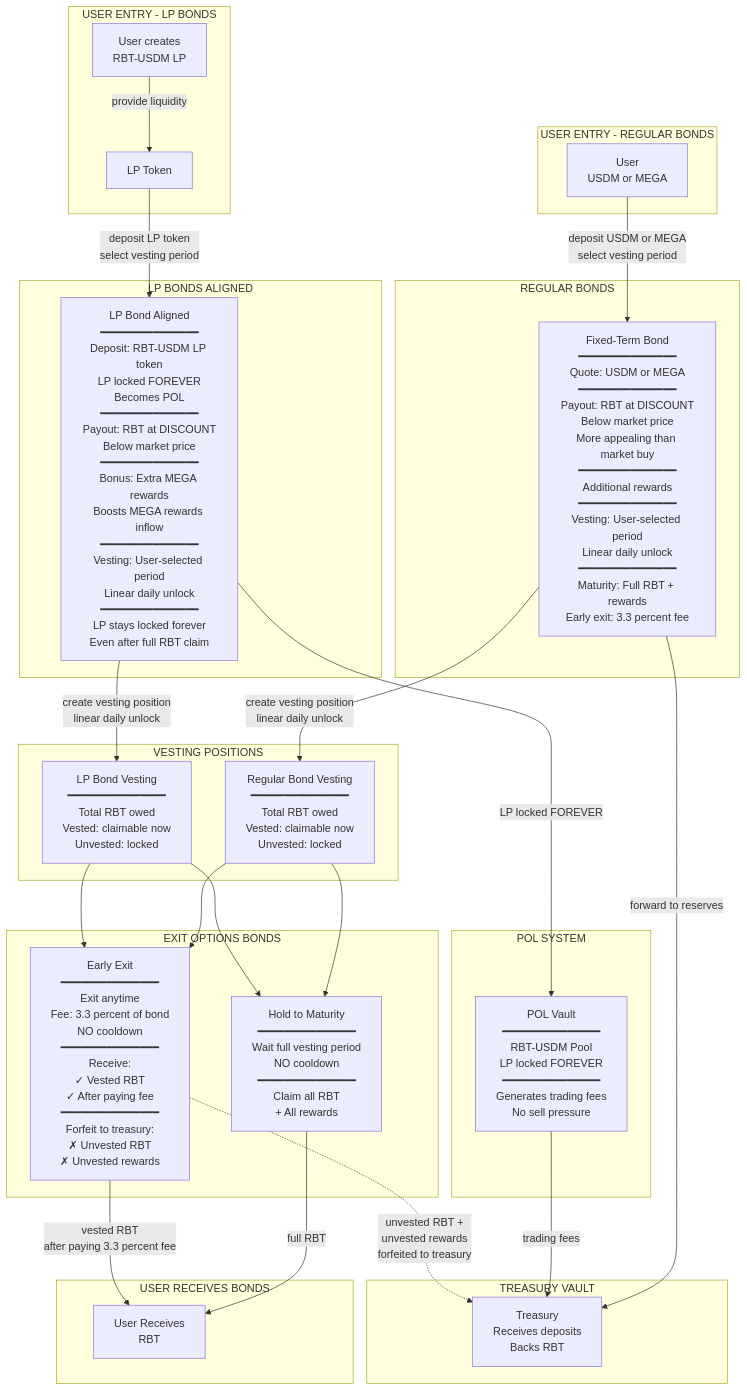
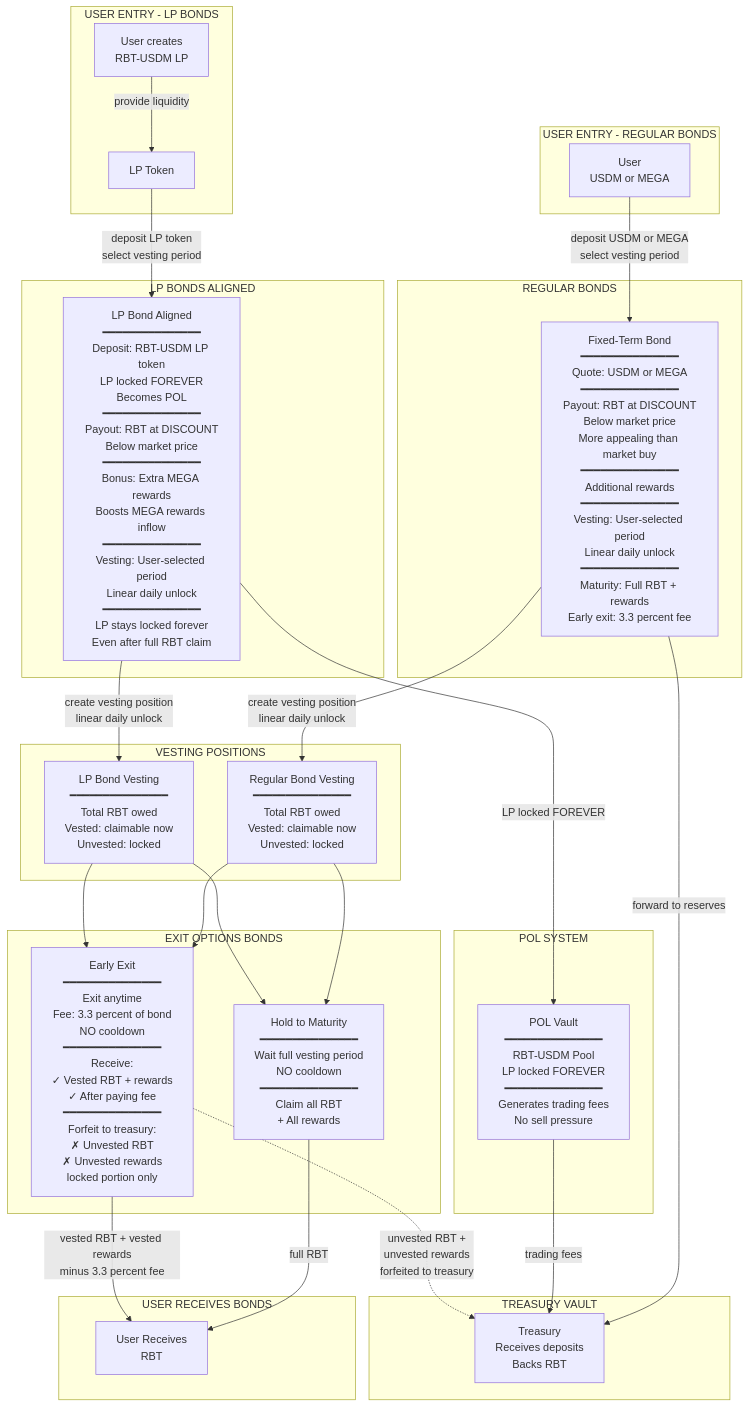
The third of 3 diagrams in blackhaven-complete-system.md (0xJaehaerys/ohmega), drawn with Mermaid before and after one commit.

Commit message:
Clarify early exit: receive vested RBT plus vested rewards, minus 3.3 percent fee

````diff
--- a/blackhaven-complete-system.md
+++ b/blackhaven-complete-system.md
@@ -145,63 +145,63 @@
 ```mermaid
 graph TB
     subgraph "USER ENTRY - REGULAR BONDS"
         USER_REG[User<br/>USDM or MEGA]
     end
     
     subgraph "REGULAR BONDS"
         BOND[Fixed-Term Bond<br/>━━━━━━━━━━━━━━━<br/>Quote: USDM or MEGA<br/>━━━━━━━━━━━━━━━<br/>Payout: RBT at DISCOUNT<br/>Below market price<br/>More appealing than market buy<br/>━━━━━━━━━━━━━━━<br/>Additional rewards<br/>━━━━━━━━━━━━━━━<br/>Vesting: User-selected period<br/>Linear daily unlock<br/>━━━━━━━━━━━━━━━<br/>Maturity: Full RBT + rewards<br/>Early exit: 3.3 percent fee]
     end
     
     subgraph "USER ENTRY - LP BONDS"
         USER_LP_START[User creates<br/>RBT-USDM LP]
         LP_TOKEN[LP Token]
     end
     
     subgraph "LP BONDS ALIGNED"
         LP_BOND[LP Bond Aligned<br/>━━━━━━━━━━━━━━━<br/>Deposit: RBT-USDM LP token<br/>LP locked FOREVER<br/>Becomes POL<br/>━━━━━━━━━━━━━━━<br/>Payout: RBT at DISCOUNT<br/>Below market price<br/>━━━━━━━━━━━━━━━<br/>Bonus: Extra MEGA rewards<br/>Boosts MEGA rewards inflow<br/>━━━━━━━━━━━━━━━<br/>Vesting: User-selected period<br/>Linear daily unlock<br/>━━━━━━━━━━━━━━━<br/>LP stays locked forever<br/>Even after full RBT claim]
     end
     
     subgraph "TREASURY VAULT"
         TREASURY_BONDS[Treasury<br/>Receives deposits<br/>Backs RBT]
     end
     
     subgraph "POL SYSTEM"
         POL[POL Vault<br/>━━━━━━━━━━━━━━━<br/>RBT-USDM Pool<br/>LP locked FOREVER<br/>━━━━━━━━━━━━━━━<br/>Generates trading fees<br/>No sell pressure]
     end
     
     subgraph "VESTING POSITIONS"
         VESTING_REG[Regular Bond Vesting<br/>━━━━━━━━━━━━━━━<br/>Total RBT owed<br/>Vested: claimable now<br/>Unvested: locked]
         
         VESTING_LP[LP Bond Vesting<br/>━━━━━━━━━━━━━━━<br/>Total RBT owed<br/>Vested: claimable now<br/>Unvested: locked]
     end
     
     subgraph "EXIT OPTIONS BONDS"
         MAT_BOND[Hold to Maturity<br/>━━━━━━━━━━━━━━━<br/>Wait full vesting period<br/>NO cooldown<br/>━━━━━━━━━━━━━━━<br/>Claim all RBT<br/>+ All rewards]
         
-        EARLY_BOND[Early Exit<br/>━━━━━━━━━━━━━━━<br/>Exit anytime<br/>Fee: 3.3 percent of bond<br/>NO cooldown<br/>━━━━━━━━━━━━━━━<br/>Receive:<br/>✓ Vested RBT<br/>✓ After paying fee<br/>━━━━━━━━━━━━━━━<br/>Forfeit to treasury:<br/>✗ Unvested RBT<br/>✗ Unvested rewards]
+        EARLY_BOND[Early Exit<br/>━━━━━━━━━━━━━━━<br/>Exit anytime<br/>Fee: 3.3 percent of bond<br/>NO cooldown<br/>━━━━━━━━━━━━━━━<br/>Receive:<br/>✓ Vested RBT + rewards<br/>✓ After paying fee<br/>━━━━━━━━━━━━━━━<br/>Forfeit to treasury:<br/>✗ Unvested RBT<br/>✗ Unvested rewards<br/>locked portion only]
     end
     
     subgraph "USER RECEIVES BONDS"
         USER_OUT_BOND[User Receives<br/>RBT]
     end
     
     USER_REG -->|deposit USDM or MEGA<br/>select vesting period| BOND
     BOND -->|forward to reserves| TREASURY_BONDS
     BOND -->|create vesting position<br/>linear daily unlock| VESTING_REG
     
     USER_LP_START -->|provide liquidity| LP_TOKEN
     LP_TOKEN -->|deposit LP token<br/>select vesting period| LP_BOND
     LP_BOND -->|LP locked FOREVER| POL
     LP_BOND -->|create vesting position<br/>linear daily unlock| VESTING_LP
     
     POL -->|trading fees| TREASURY_BONDS
     
     VESTING_REG --> MAT_BOND
     VESTING_REG --> EARLY_BOND
     VESTING_LP --> MAT_BOND
     VESTING_LP --> EARLY_BOND
     
     MAT_BOND -->|full RBT| USER_OUT_BOND
-    EARLY_BOND -->|vested RBT<br/>after paying 3.3 percent fee| USER_OUT_BOND
+    EARLY_BOND -->|vested RBT + vested rewards<br/>minus 3.3 percent fee| USER_OUT_BOND
     EARLY_BOND -.->|unvested RBT +<br/>unvested rewards<br/>forfeited to treasury| TREASURY_BONDS
 ```
````
